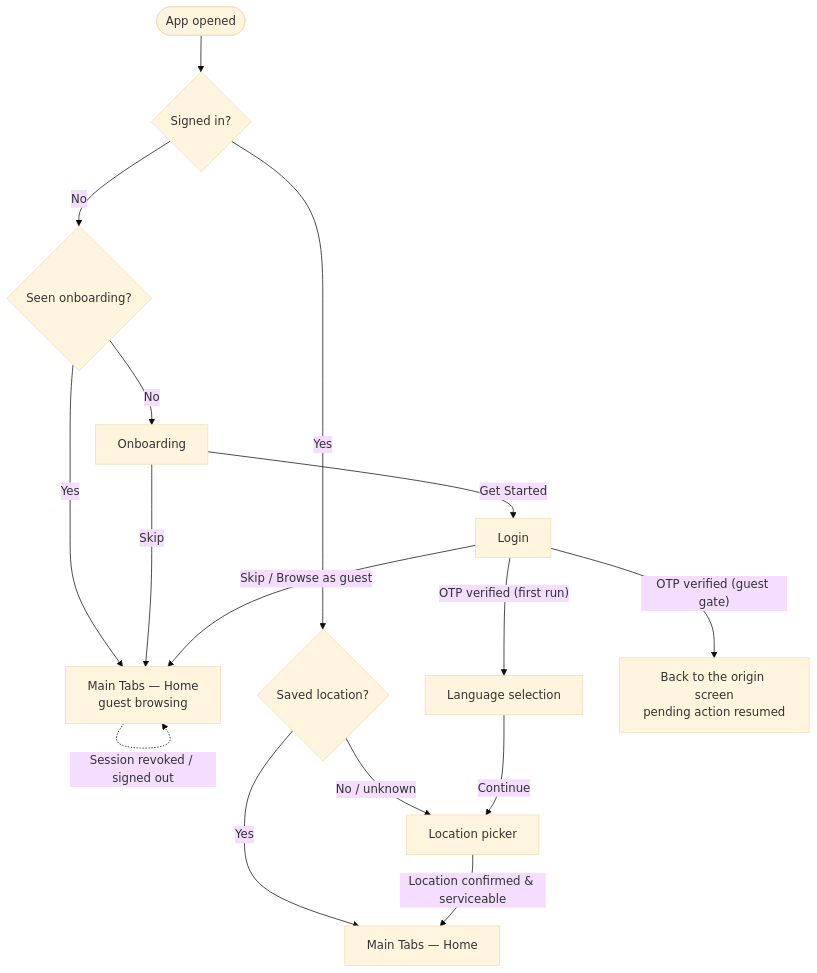
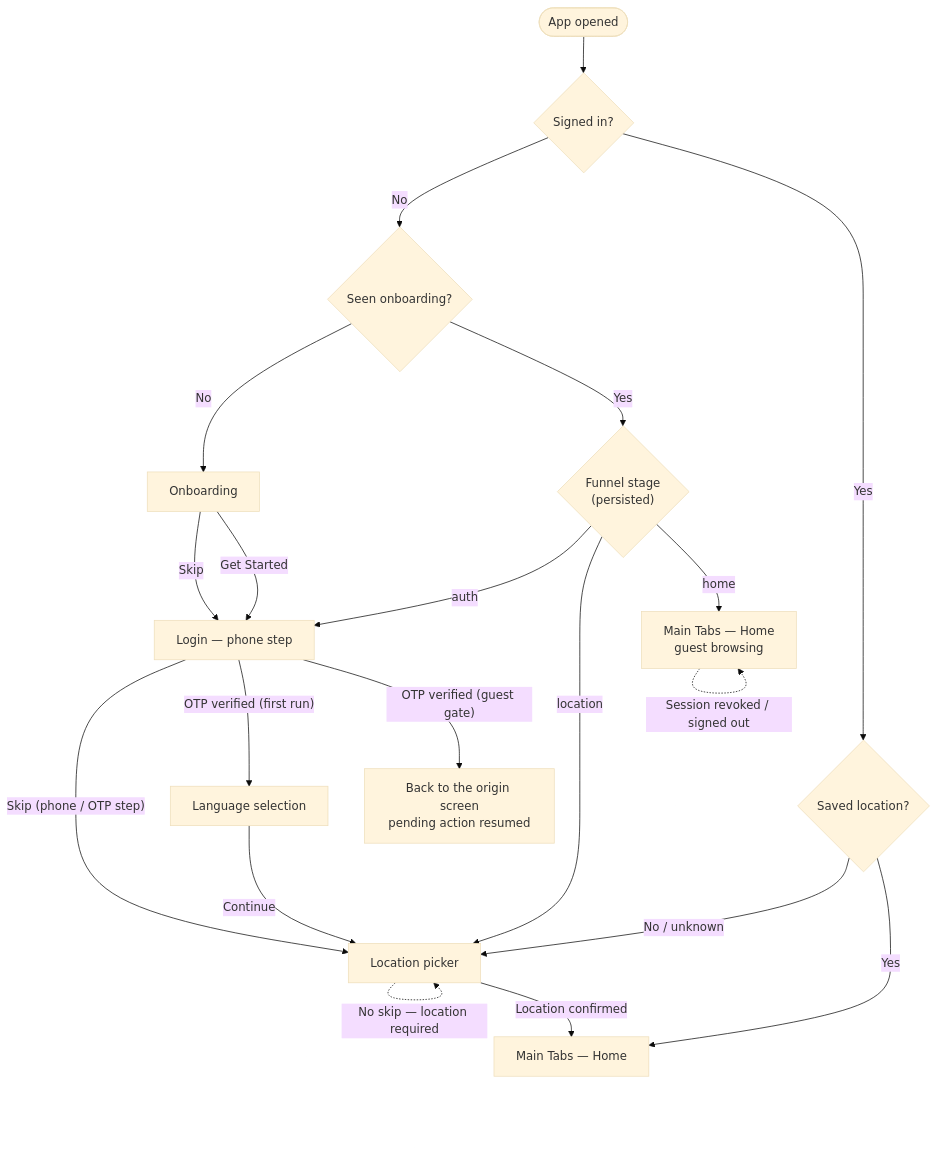
One commit to faazio-official/faazio-workspace changed the second of 24 diagrams in docs/FAAZIO_USER_FLOW_GUIDE.md. Above: the diagram before and after it, drawn with Mermaid (base theme). The commit also changed other lines of this file and 12 other files, not shown here.

First line of the commit message:
feat(mobile): resume auth funnel on relaunch, skip from welcome to phone auth

````diff
--- a/docs/FAAZIO_USER_FLOW_GUIDE.md
+++ b/docs/FAAZIO_USER_FLOW_GUIDE.md
@@ -114,18 +114,22 @@
 ```mermaid
 flowchart TD
   START(["App opened"]) --> AUTH{"Signed in?"}
   AUTH -->|"No"| SEEN{"Seen onboarding?"}
   SEEN -->|"No"| ONB["Onboarding"]
-  SEEN -->|"Yes"| TABS["Main Tabs — Home<br/>guest browsing"]
+  SEEN -->|"Yes"| STAGE{"Funnel stage<br/>(persisted)"}
+  STAGE -->|"auth"| LOGIN
+  STAGE -->|"location"| LOCATION
+  STAGE -->|"home"| TABS["Main Tabs — Home<br/>guest browsing"]
   AUTH -->|"Yes"| LOCCHK{"Saved location?"}
   LOCCHK -->|"No / unknown"| LOCATION["Location picker"]
   LOCCHK -->|"Yes"| TABS2["Main Tabs — Home"]
-  ONB -->|"Skip"| TABS
-  ONB -->|"Get Started"| LOGIN["Login"]
-  LOGIN -->|"Skip / Browse as guest"| TABS
+  ONB -->|"Skip"| LOGIN["Login — phone step"]
+  ONB -->|"Get Started"| LOGIN
+  LOGIN -->|"Skip (phone / OTP step)"| LOCATION
   LOGIN -->|"OTP verified (first run)"| LANG["Language selection"]
   LANG -->|"Continue"| LOCATION
-  LOCATION -->|"Location confirmed & serviceable"| TABS2
+  LOCATION -.->|"No skip — location required"| LOCATION
+  LOCATION -->|"Location confirmed"| TABS2
   LOGIN -->|"OTP verified (guest gate)"| RESUME["Back to the origin screen<br/>pending action resumed"]
   TABS -.->|"Session revoked / signed out"| TABS
 ```
````
